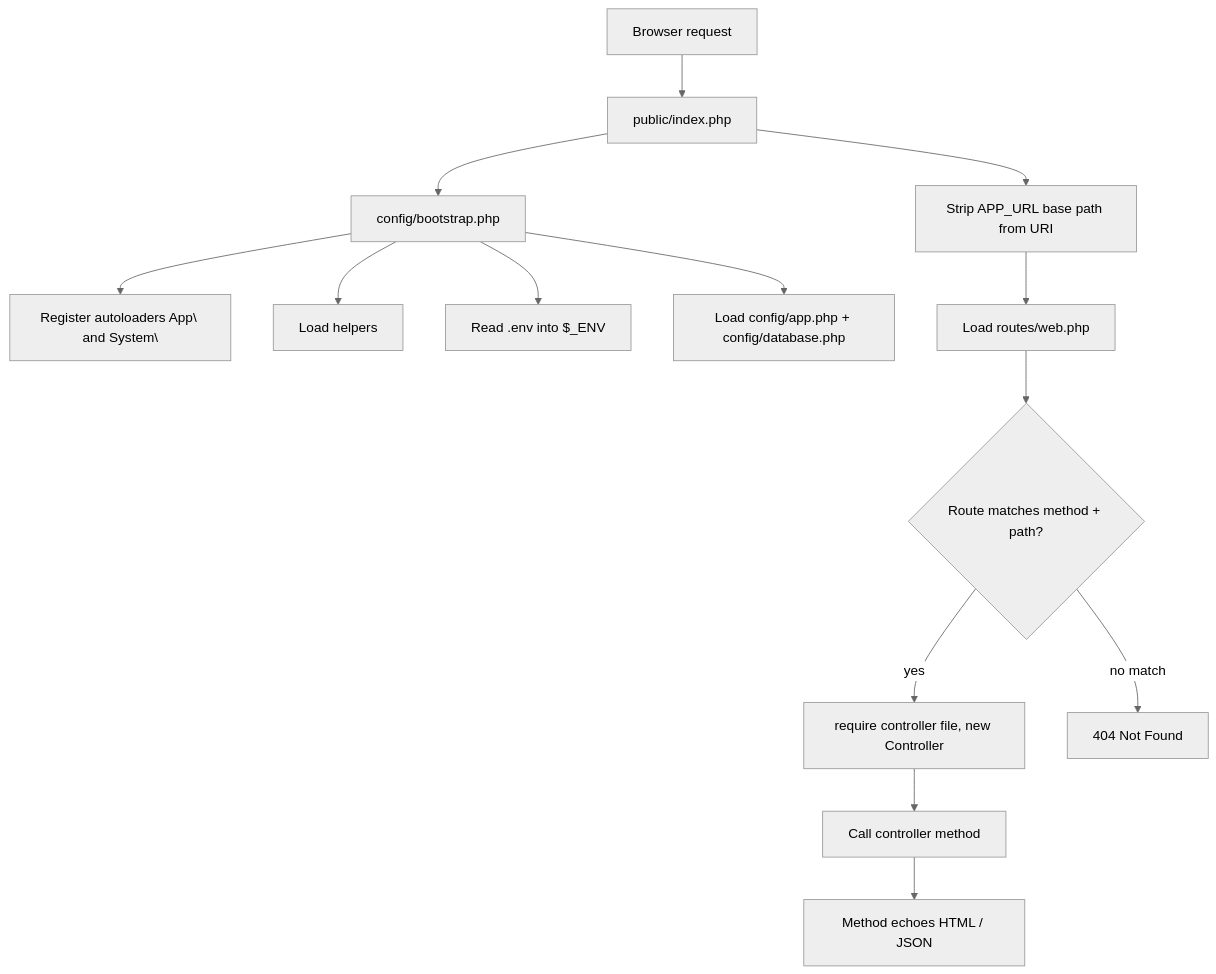
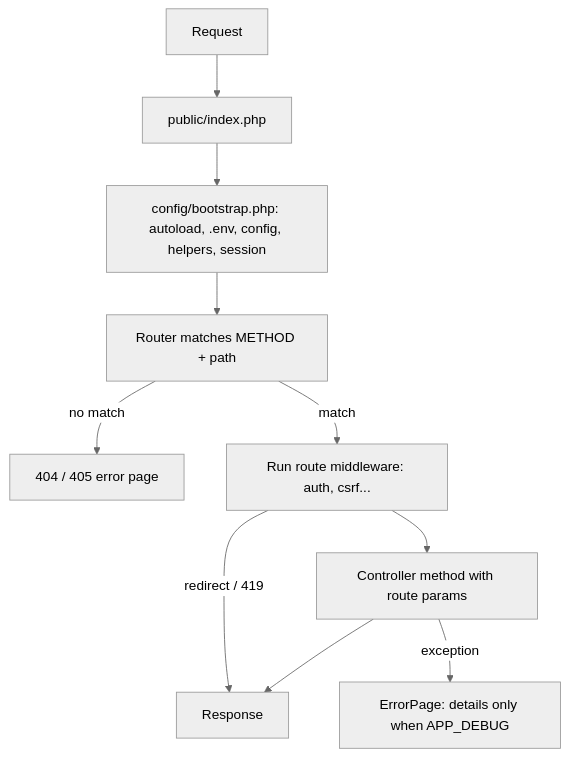
The diagram in DOCUMENTATION.md (Solayman/bongo-php), drawn with Mermaid (neutral theme) before and after one commit. The commit also changed other lines of this file and 92 other files, not shown here.

First line of the commit message:
Add e-commerce test app, auth, security, PHP migrations and test suite

````diff
--- a/DOCUMENTATION.md
+++ b/DOCUMENTATION.md
@@ -105,16 +111,12 @@
 ```mermaid
 flowchart TD
-    A[Browser request] --> B[public/index.php]
-    B --> C[config/bootstrap.php]
-    C --> C1[Register autoloaders App\ and System\]
-    C --> C2[Load helpers]
-    C --> C3[Read .env into $_ENV]
-    C --> C4[Load config/app.php + config/database.php]
-    B --> D[Strip APP_URL base path from URI]
-    D --> E[Load routes/web.php]
-    E --> F{Route matches method + path?}
-    F -- yes --> G[require controller file, new Controller]
-    G --> H[Call controller method]
-    H --> I[Method echoes HTML / JSON]
-    F -- no match --> J[404 Not Found]
+    A[Request] --> B[public/index.php]
+    B --> C[config/bootstrap.php: autoload, .env, config, helpers, session]
+    C --> D[Router matches METHOD + path]
+    D -- no match --> N[404 / 405 error page]
+    D -- match --> M[Run route middleware: auth, csrf...]
+    M -- redirect / 419 --> X[Response]
+    M --> H[Controller method with route params]
+    H --> X
+    H -- exception --> E[ErrorPage: details only when APP_DEBUG]
 ```
````
